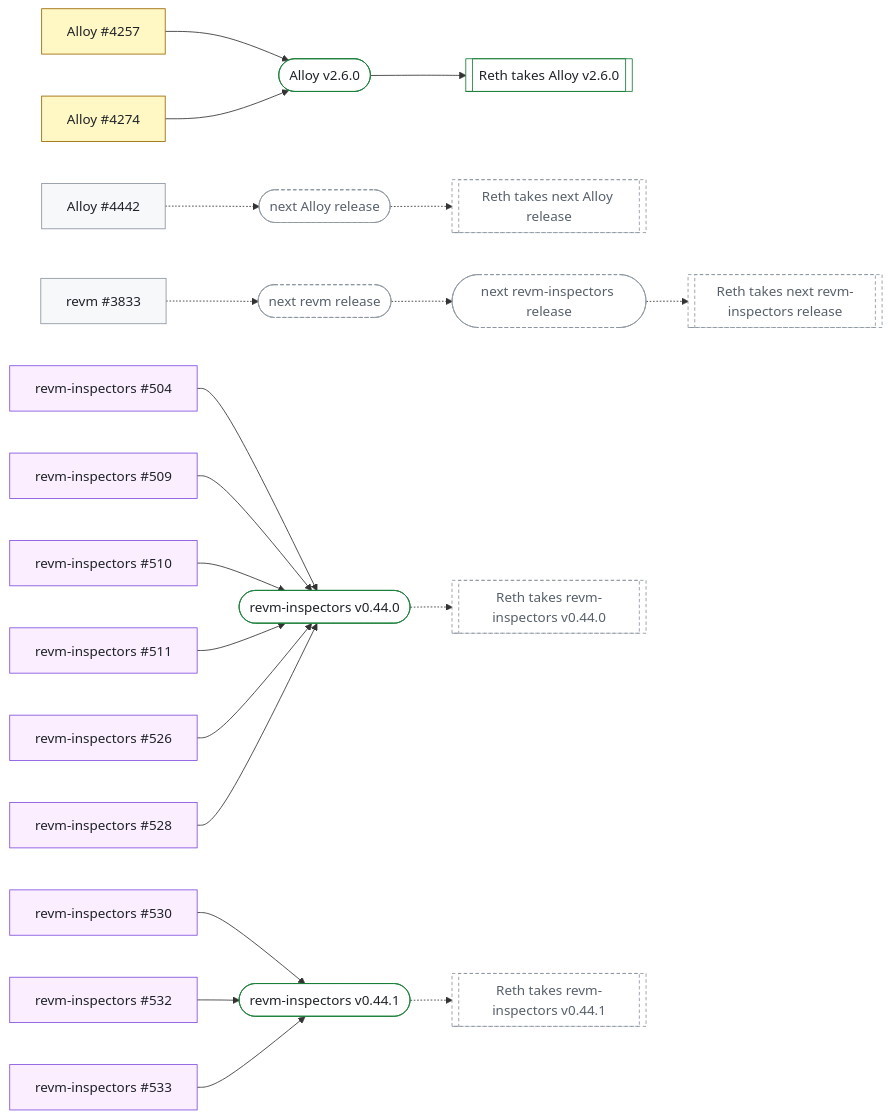
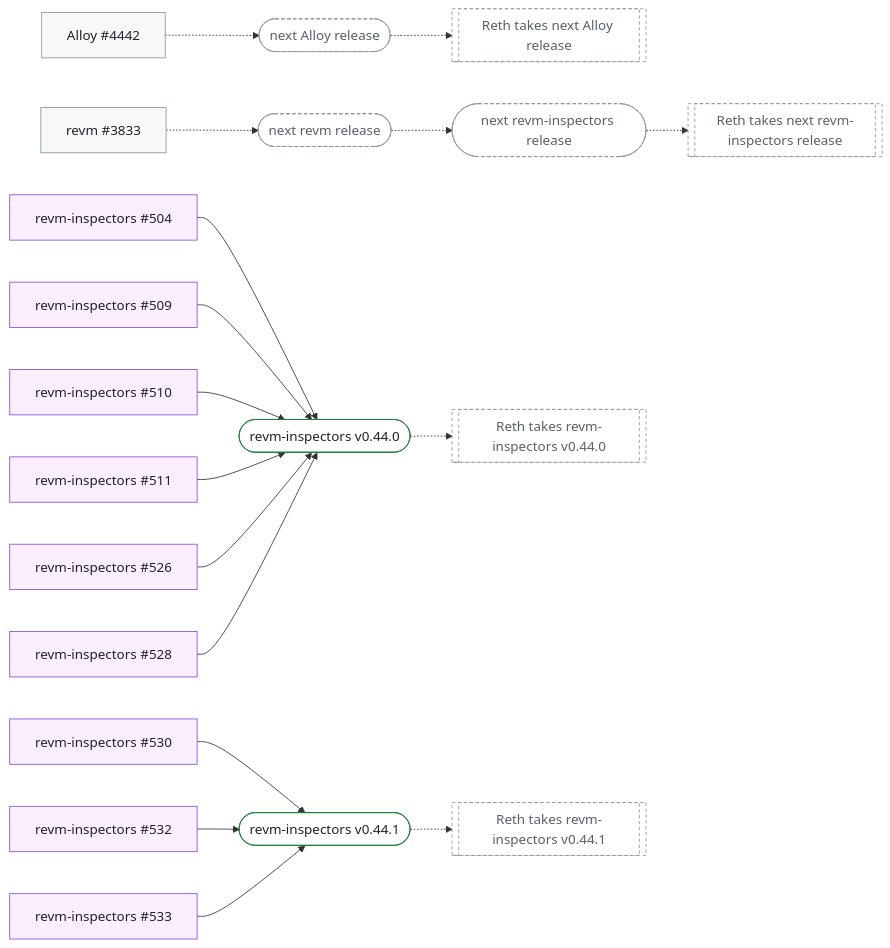
One commit to banteg/trace-interop changed the second of 2 diagrams in docs/client-fixes.md. Above: the diagram before and after it, drawn with Mermaid. The commit also changed other lines of this file and 2435 other files, not shown here.

````diff
--- a/docs/client-fixes.md
+++ b/docs/client-fixes.md
@@ -168,51 +168,43 @@
 ```mermaid
 flowchart LR
-  Alloy_4257["Alloy #4257"]:::in_client
-  Alloy_v2_6_0(["Alloy v2.6.0"]):::done
-  Reth_takes_Alloy_v2_6_0[["Reth takes Alloy v2.6.0"]]:::done
-  Alloy_4274["Alloy #4274"]:::in_client
   Alloy_4442["Alloy #4442"]:::open
   next_Alloy_release(["next Alloy release"]):::pending
   Reth_takes_next_Alloy_release[["Reth takes next Alloy release"]]:::pending
   revm_3833["revm #3833"]:::open
   next_revm_release(["next revm release"]):::pending
   next_revm_inspectors_release(["next revm-inspectors release"]):::pending
   Reth_takes_next_revm_inspectors_release[["Reth takes next revm-inspectors release"]]:::pending
   revm_inspectors_504["revm-inspectors #504"]:::released
   revm_inspectors_v0_44_0(["revm-inspectors v0.44.0"]):::done
   Reth_takes_revm_inspectors_v0_44_0[["Reth takes revm-inspectors v0.44.0"]]:::pending
   revm_inspectors_509["revm-inspectors #509"]:::released
   revm_inspectors_510["revm-inspectors #510"]:::released
   revm_inspectors_511["revm-inspectors #511"]:::released
   revm_inspectors_526["revm-inspectors #526"]:::released
   revm_inspectors_528["revm-inspectors #528"]:::released
   revm_inspectors_530["revm-inspectors #530"]:::released
   revm_inspectors_v0_44_1(["revm-inspectors v0.44.1"]):::done
   Reth_takes_revm_inspectors_v0_44_1[["Reth takes revm-inspectors v0.44.1"]]:::pending
   revm_inspectors_532["revm-inspectors #532"]:::released
   revm_inspectors_533["revm-inspectors #533"]:::released
-  Alloy_4257 --> Alloy_v2_6_0
-  Alloy_v2_6_0 --> Reth_takes_Alloy_v2_6_0
-  Alloy_4274 --> Alloy_v2_6_0
   Alloy_4442 -.-> next_Alloy_release
   next_Alloy_release -.-> Reth_takes_next_Alloy_release
   revm_3833 -.-> next_revm_release
   next_revm_release -.-> next_revm_inspectors_release
   next_revm_inspectors_release -.-> Reth_takes_next_revm_inspectors_release
   revm_inspectors_504 --> revm_inspectors_v0_44_0
   revm_inspectors_v0_44_0 -.-> Reth_takes_revm_inspectors_v0_44_0
   revm_inspectors_509 --> revm_inspectors_v0_44_0
   revm_inspectors_510 --> revm_inspectors_v0_44_0
   revm_inspectors_511 --> revm_inspectors_v0_44_0
   revm_inspectors_526 --> revm_inspectors_v0_44_0
   revm_inspectors_528 --> revm_inspectors_v0_44_0
   revm_inspectors_530 --> revm_inspectors_v0_44_1
   revm_inspectors_v0_44_1 -.-> Reth_takes_revm_inspectors_v0_44_1
   revm_inspectors_532 --> revm_inspectors_v0_44_1
   revm_inspectors_533 --> revm_inspectors_v0_44_1
   classDef open fill:#f6f8fa,stroke:#8c959f,color:#1f2328
   classDef released fill:#fbefff,stroke:#8250df,color:#1f2328
-  classDef in_client fill:#fff8c5,stroke:#9a6700,color:#1f2328
   classDef done fill:#ffffff,stroke:#1a7f37,color:#1f2328
   classDef pending fill:#ffffff,stroke:#8c959f,stroke-dasharray:4 3,color:#57606a
 ```
````
